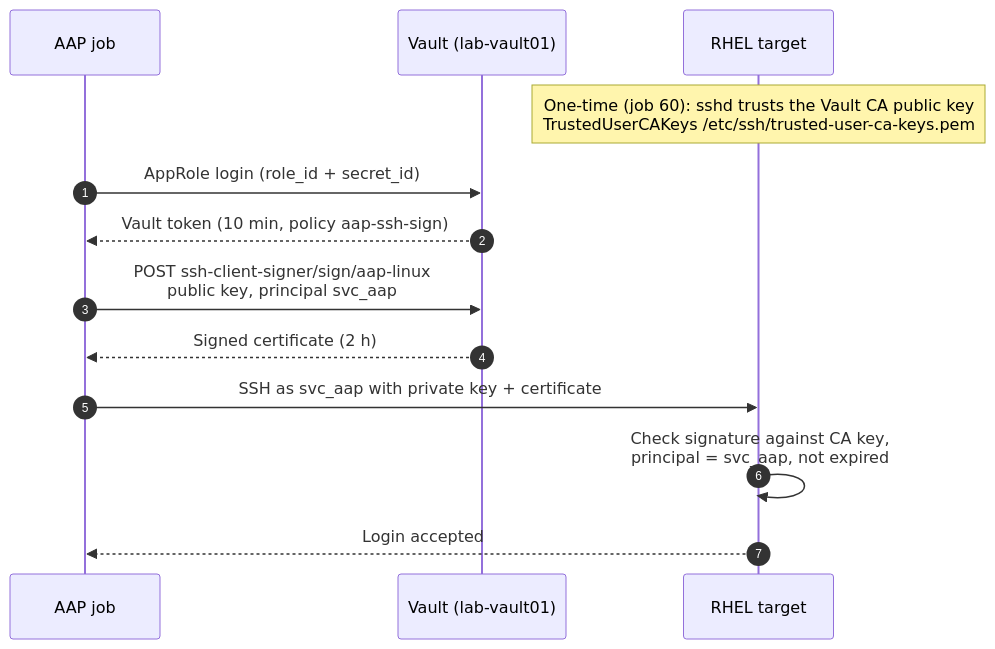
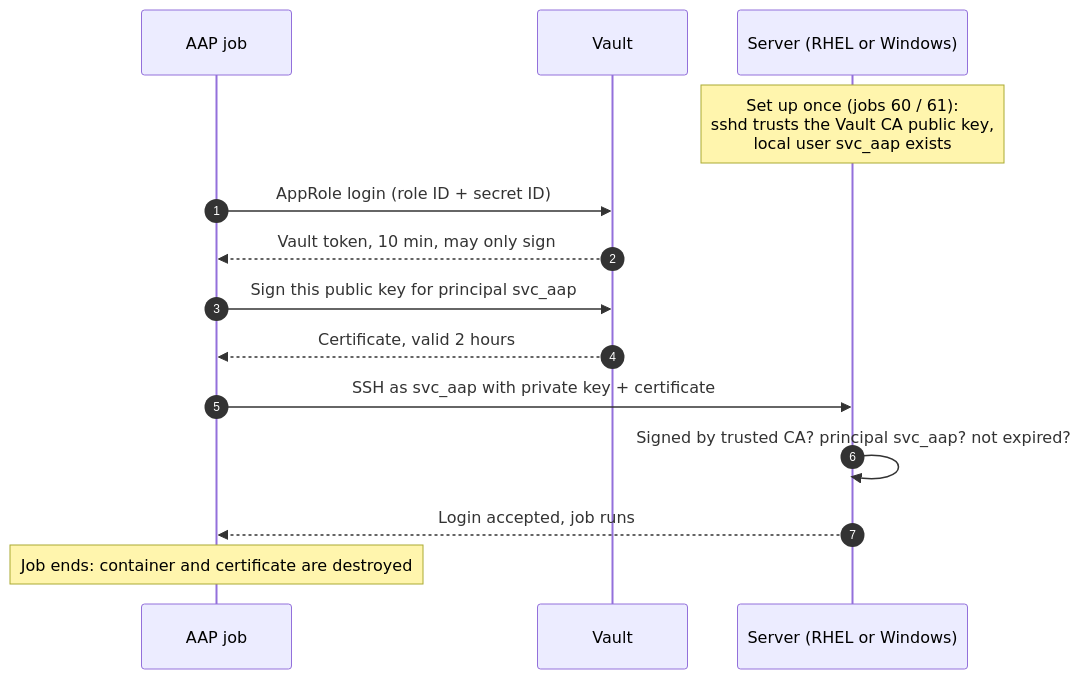
One commit to RamAdhikari/ra-homelab changed the second of 5 diagrams in docs/DESIGN.md. Above: the diagram before and after it, drawn with Mermaid. The commit also changed other lines of this file and 12 other files, not shown here.

````diff
--- a/docs/DESIGN.md
+++ b/docs/DESIGN.md
@@ -71,15 +86,16 @@
 ```mermaid
 sequenceDiagram
   autonumber
   participant J as AAP job
-  participant V as Vault (lab-vault01)
-  participant H as RHEL target
-  Note over H: One-time (job 60): sshd trusts the Vault CA public key<br/>TrustedUserCAKeys /etc/ssh/trusted-user-ca-keys.pem
-  J->>V: AppRole login (role_id + secret_id)
-  V-->>J: Vault token (10 min, policy aap-ssh-sign)
-  J->>V: POST ssh-client-signer/sign/aap-linux<br/>public key, principal svc_aap
-  V-->>J: Signed certificate (2 h)
+  participant V as Vault
+  participant H as Server (RHEL or Windows)
+  Note over H: Set up once (jobs 60 / 61):<br/>sshd trusts the Vault CA public key,<br/>local user svc_aap exists
+  J->>V: AppRole login (role ID + secret ID)
+  V-->>J: Vault token, 10 min, may only sign
+  J->>V: Sign this public key for principal svc_aap
+  V-->>J: Certificate, valid 2 hours
   J->>H: SSH as svc_aap with private key + certificate
-  H->>H: Check signature against CA key,<br/>principal = svc_aap, not expired
-  H-->>J: Login accepted
+  H->>H: Signed by trusted CA? principal svc_aap? not expired?
+  H-->>J: Login accepted, job runs
+  Note over J: Job ends: container and certificate are destroyed
 ```
````
